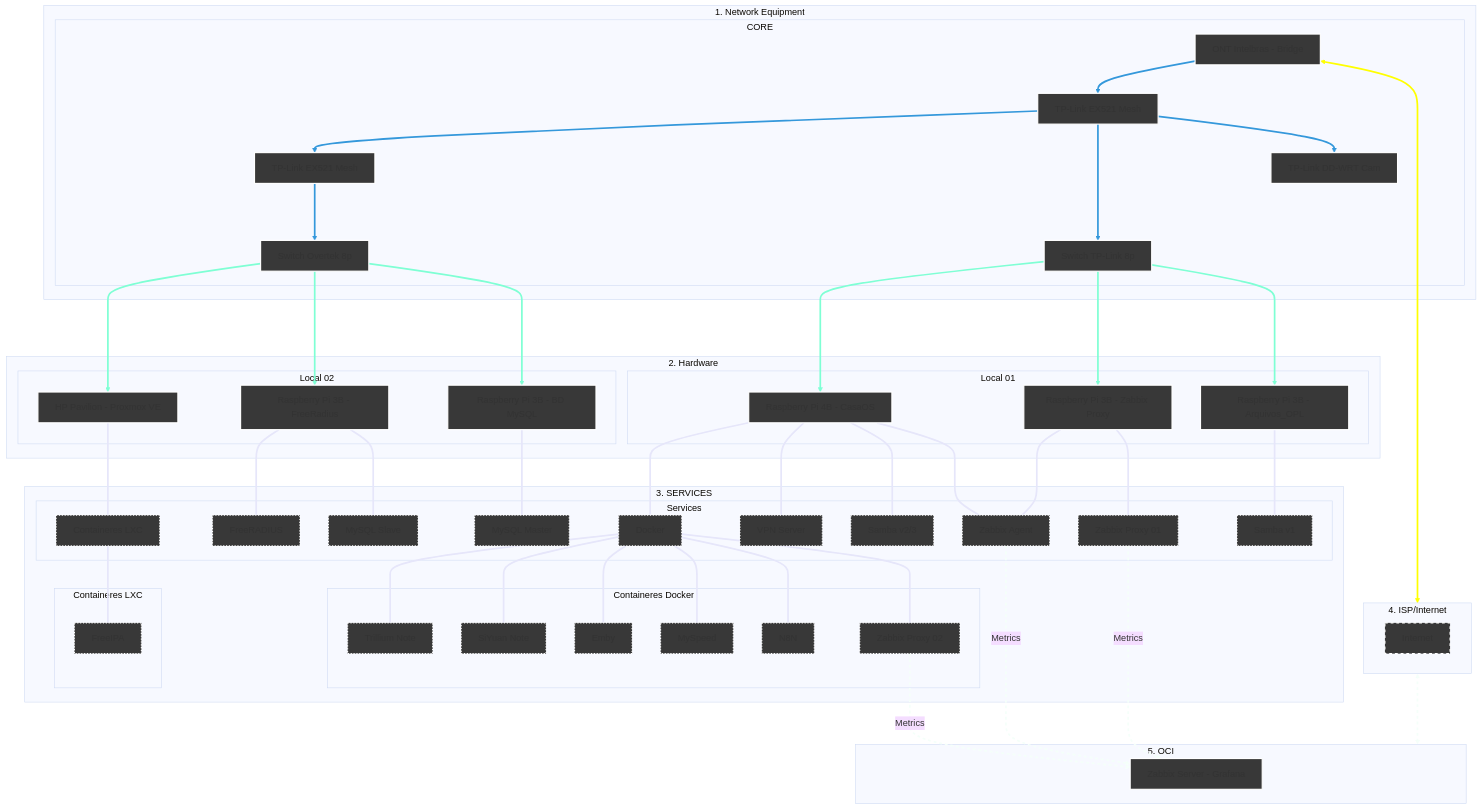
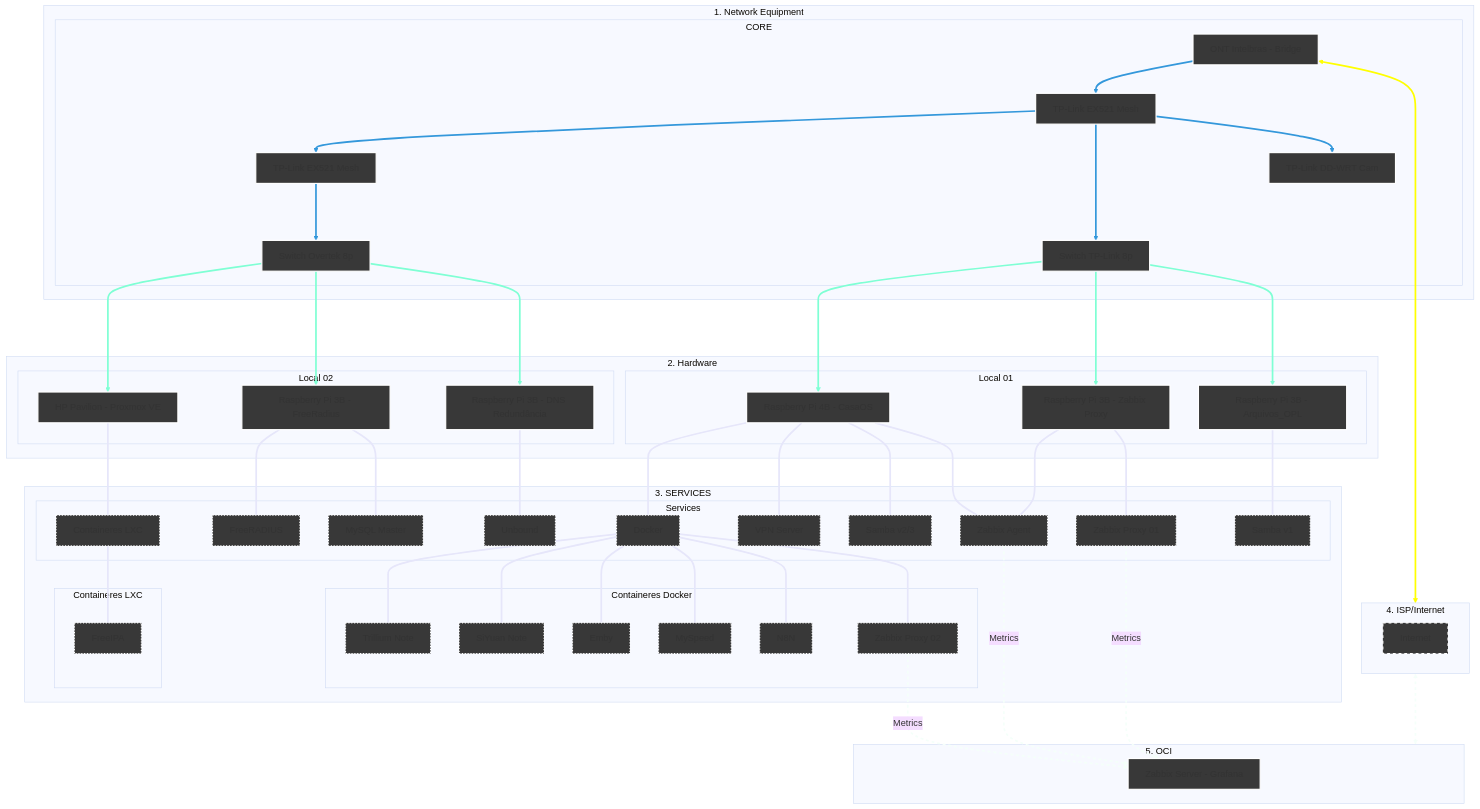
Before and after one commit to kevindexter22/Dr-Hardware-Autonet: the diagram in Infrastructure/README.md, drawn with Mermaid (base theme).

```diff
--- a/Infrastructure/README.md
+++ b/Infrastructure/README.md
@@ -40,7 +40,7 @@
     subgraph S3 [Local 02]
         SW2 ---> HP[HP Pavilion - Proxmox VE]:::hardware
         SW2 ---> RPi3B_3[Raspberry Pi 3B - FreeRadius]:::hardware
-        SW2 ---> RPi3B_4[Raspberry Pi 3B - BD MySQL]:::hardware
+        SW2 ---> RPi3B_4[Raspberry Pi 3B - DNS Redundância]:::hardware
     end
     end
 
@@ -49,8 +49,8 @@
     subgraph S4 [Services];
         HP --- PVE[Containeres LXC]:::services
         RPi3B_3 --- FreeRAD[FreeRADIUS]:::services
-        RPi3B_3 --- BDMSQL[MySQL Slave]:::services
-        RPi3B_4 --- BDSSQL[MySQL Master]:::services
+        RPi3B_3 --- BDMSQL[MySQL Master]:::services
+        RPi3B_4 --- UNB[Unbound]:::services
         RPi4B --- Docker[Docker]:::services     
         RPi4B --- VPN[VPN Server]:::services
         RPi4B --- SMB2[Samba v2/3]:::services
```
